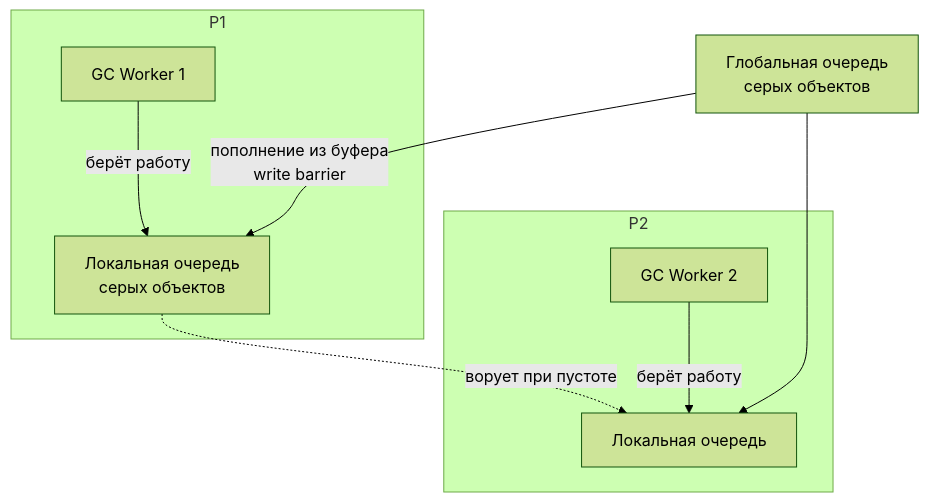
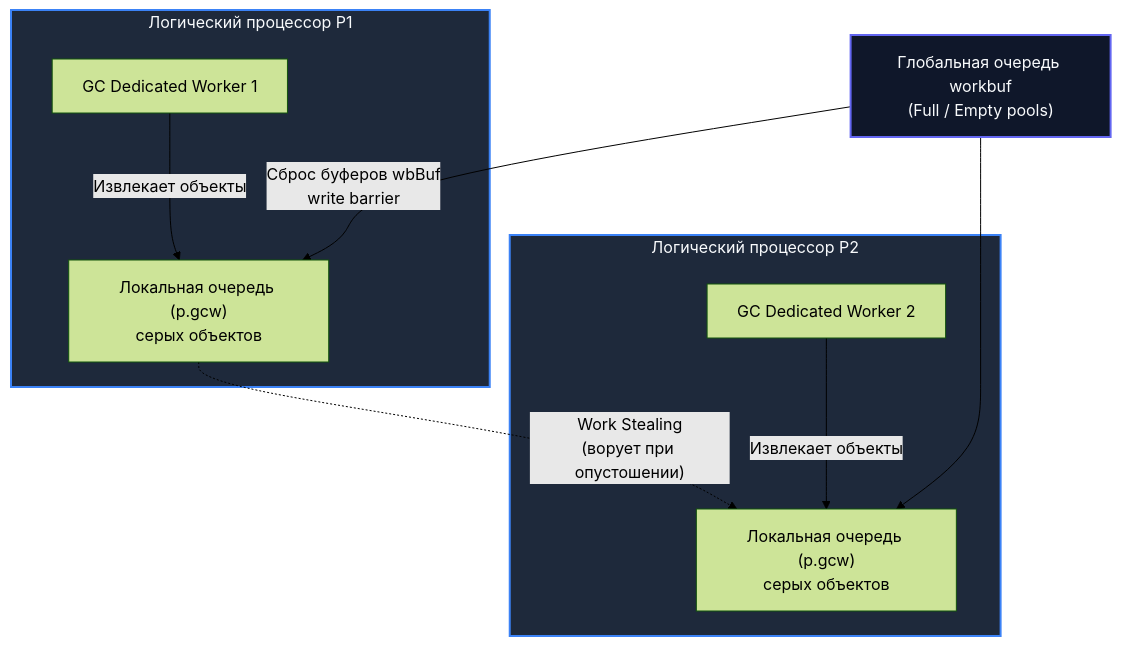
Before and after one commit to UnrealTemplier/go-textbook: the second of 2 diagrams in sources/16. Профилирование, отладка и производительность/05. Garbage Collector/4. Concurrent GC.md, drawn with Mermaid (forest theme). The commit also changed other lines of this file, not shown here.

````diff
--- a/sources/16. Профилирование, отладка и производительность/05. Garbage Collector/4. Concurrent GC.md
+++ b/sources/16. Профилирование, отладка и производительность/05. Garbage Collector/4. Concurrent GC.md
@@ -50,17 +67,21 @@
 ```mermaid
 flowchart TD
-    subgraph P1["P1"]
-        LocalQ1["Локальная очередь<br>серых объектов"]
-        W1["GC Worker 1"]
+    subgraph P1["Логический процессор P1"]
+        LocalQ1["Локальная очередь (p.gcw)<br>серых объектов"]
+        W1["GC Dedicated Worker 1"]
     end
-    subgraph P2["P2"]
-        LocalQ2["Локальная очередь"]
-        W2["GC Worker 2"]
+    subgraph P2["Логический процессор P2"]
+        LocalQ2["Локальная очередь (p.gcw)<br>серых объектов"]
+        W2["GC Dedicated Worker 2"]
     end
-    GlobalQ["Глобальная очередь<br>серых объектов"]
-    W1 -->|"берёт работу"| LocalQ1
-    W2 -->|"берёт работу"| LocalQ2
-    LocalQ1 -.->|"ворует при пустоте"| LocalQ2
-    GlobalQ -->|"пополнение из буфера<br>write barrier"| LocalQ1
+    GlobalQ["Глобальная очередь workbuf<br>(Full / Empty pools)"]
+    W1 -->|"Извлекает объекты"| LocalQ1
+    W2 -->|"Извлекает объекты"| LocalQ2
+    LocalQ1 -.->|"Work Stealing<br>(ворует при опустошении)"| LocalQ2
+    GlobalQ -->|"Сброс буферов wbBuf<br>write barrier"| LocalQ1
     GlobalQ --> LocalQ2
+
+    style P1 fill:#1e293b,stroke:#3b82f6,stroke-width:2px,color:#f8fafc
+    style P2 fill:#1e293b,stroke:#3b82f6,stroke-width:2px,color:#f8fafc
+    style GlobalQ fill:#0f172a,stroke:#6366f1,stroke-width:2px,color:#f8fafc
 ```
````
